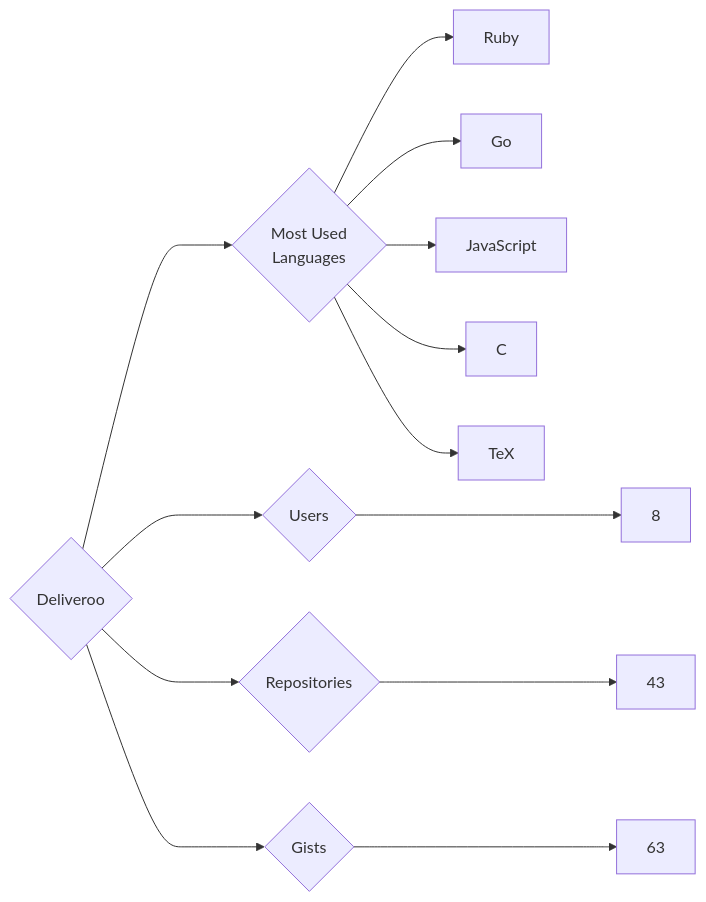
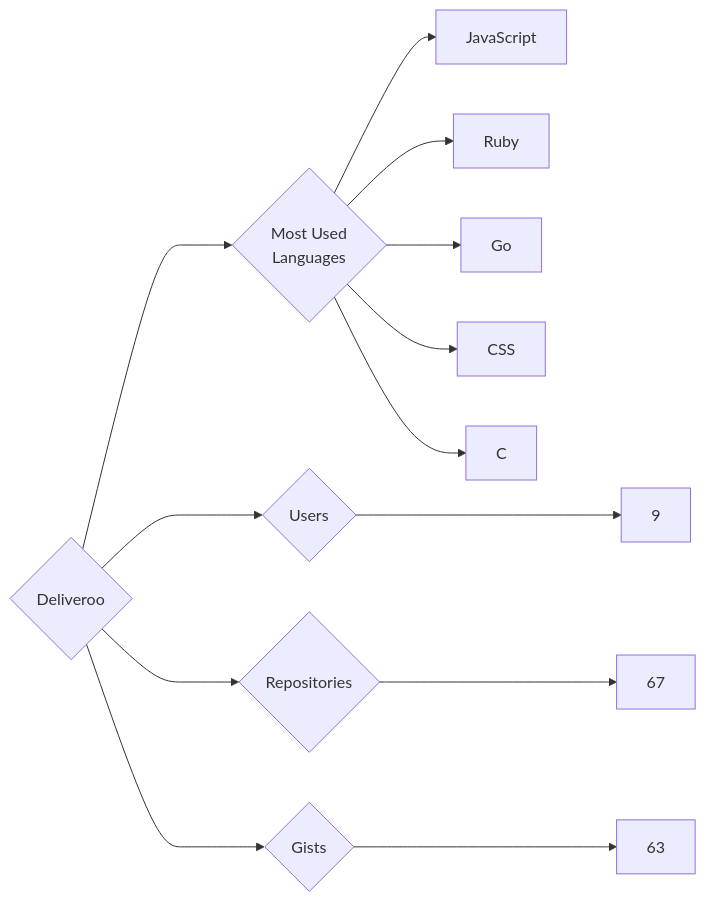
Before and after one commit to trickest/insiders: the diagram in targets/Deliveroo/README.md, drawn with Mermaid. The commit also changed 873 other files, not shown here.

````diff
--- a/targets/Deliveroo/README.md
+++ b/targets/Deliveroo/README.md
@@ -3,13 +3,13 @@
 ```mermaid
 graph LR
 COMPANY_NAME{Deliveroo}
-COMPANY_NAME ---> U{Users} ---> UN[8]
-COMPANY_NAME ---> R{Repositories} ---> RN[43]
+COMPANY_NAME ---> U{Users} ---> UN[9]
+COMPANY_NAME ---> R{Repositories} ---> RN[67]
 COMPANY_NAME ---> G{Gists} ---> GN[63]
 COMPANY_NAME ---> ML{Most Used<br>Languages}
+ML --> JavaScript[JavaScript]
 ML --> Ruby[Ruby]
 ML --> Go[Go]
-ML --> JavaScript[JavaScript]
+ML --> CSS[CSS]
 ML --> C[C]
-ML --> TeX[TeX]
 ```
````
